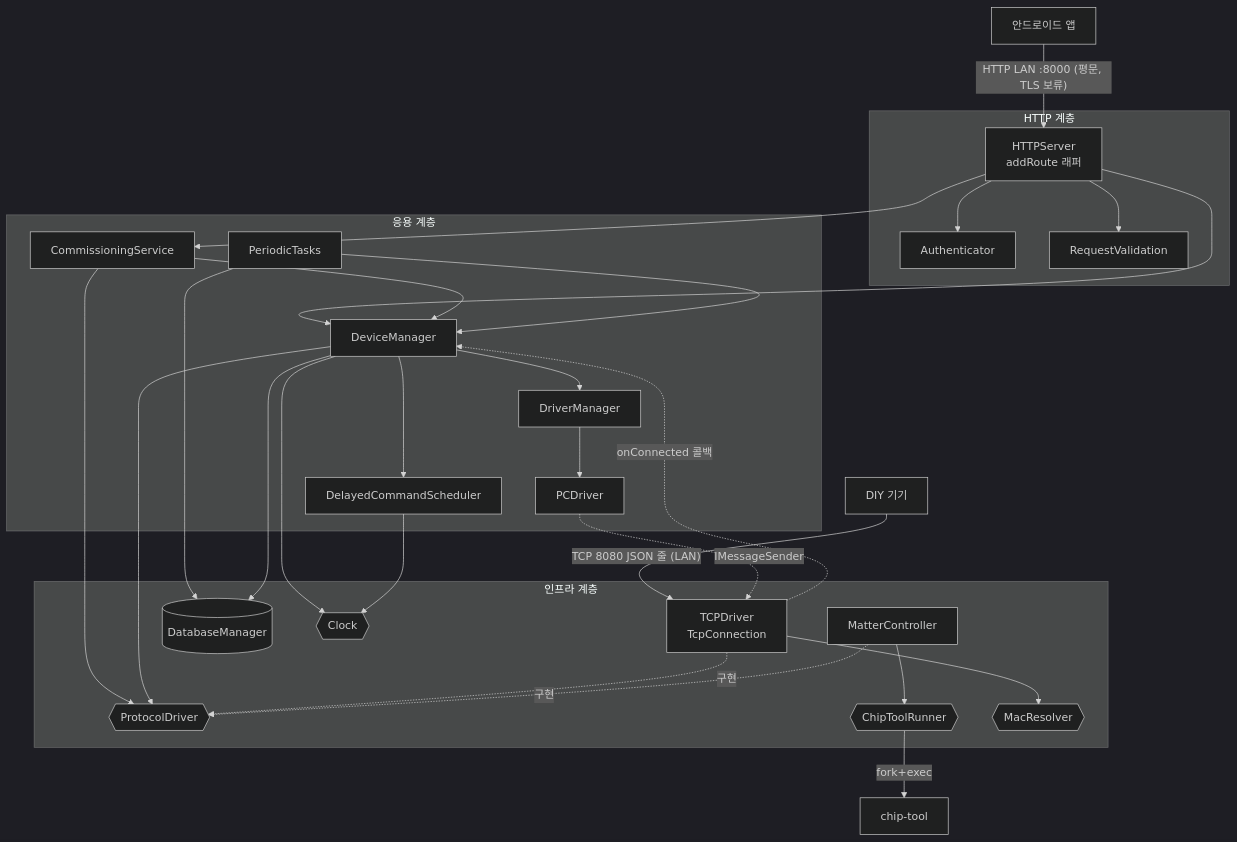
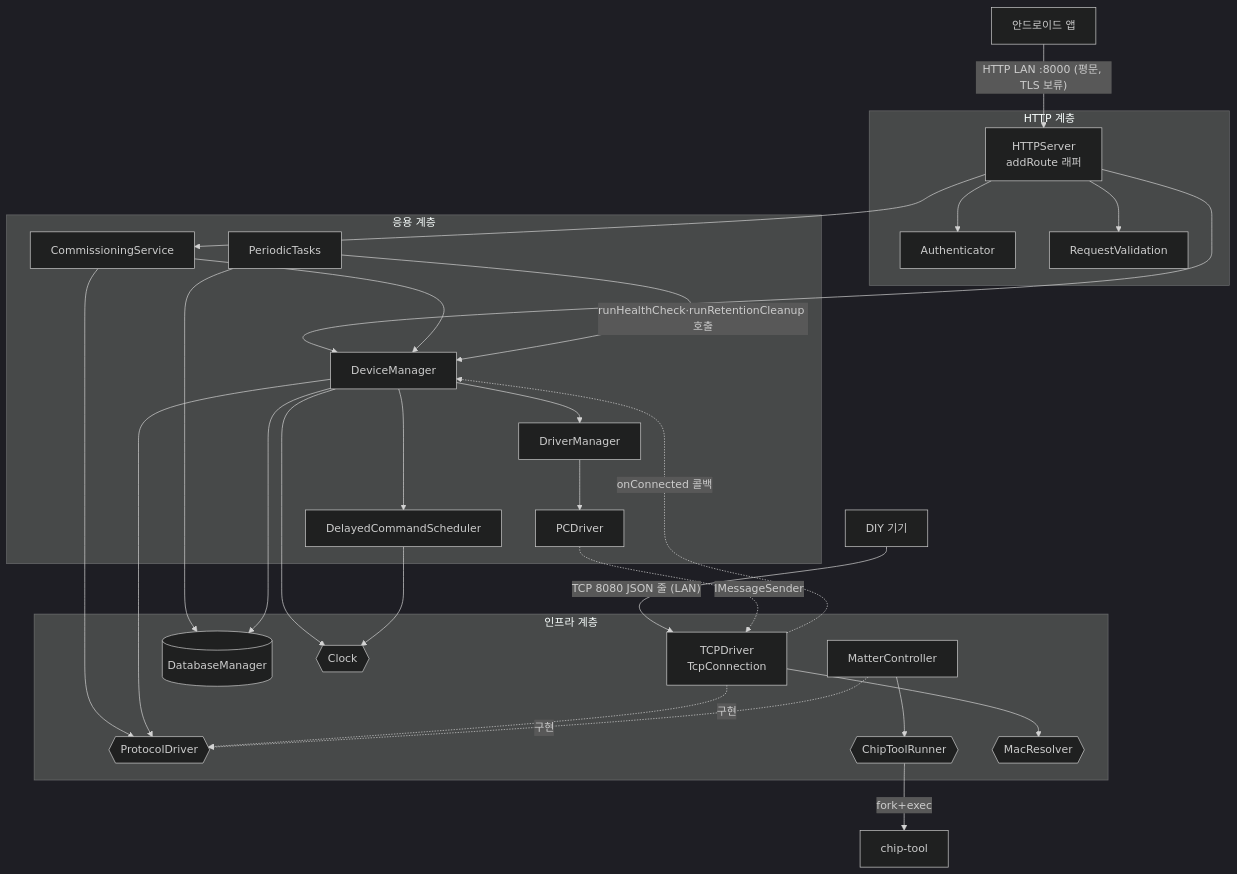
Before and after one commit to kdy06187/HomeAssistantServer: the first of 4 diagrams in docs/02_설계.md, drawn with Mermaid (dark theme). The commit also changed other lines of this file and 7 other files, not shown here.

````diff
--- a/docs/02_설계.md
+++ b/docs/02_설계.md
@@ -34,30 +34,31 @@
 ```mermaid
 flowchart TD
   App[안드로이드 앱] -- "HTTP LAN :8000 (평문, TLS 보류)" --> HTTP
   Dev[DIY 기기] -- "TCP 8080 JSON 줄 (LAN)" --> TCP
   subgraph L1[HTTP 계층]
     HTTP[HTTPServer<br/>addRoute 래퍼]
     AUTH[Authenticator]
     VAL[RequestValidation]
   end
   subgraph L2[응용 계층]
     DM[DeviceManager]; CS[CommissioningService]; SCH[DelayedCommandScheduler]
     PT[PeriodicTasks]; DRM[DriverManager]; PCD[PCDriver]
   end
   subgraph L3[인프라 계층]
     PD{{ProtocolDriver}}; TCP[TCPDriver<br/>TcpConnection]; MC[MatterController]
     CTR{{ChipToolRunner}}; ARP{{MacResolver}}; DB[(DatabaseManager)]; CLK{{Clock}}
   end
   HTTP --> AUTH & VAL & DM & CS
   CS --> DM & PD
-  PT --> DM & DB
+  PT -- "runHealthCheck·runRetentionCleanup 호출" --> DM
+  PT --> DB
   DM --> PD & DRM & SCH & DB & CLK
   SCH --> CLK
   DRM --> PCD
   PCD -. IMessageSender .-> TCP
   TCP & MC -. 구현 .-> PD
   MC --> CTR
   TCP --> ARP
   TCP -. "onConnected 콜백" .-> DM
   CTR -- fork+exec --> CT[chip-tool]
 ```
````
